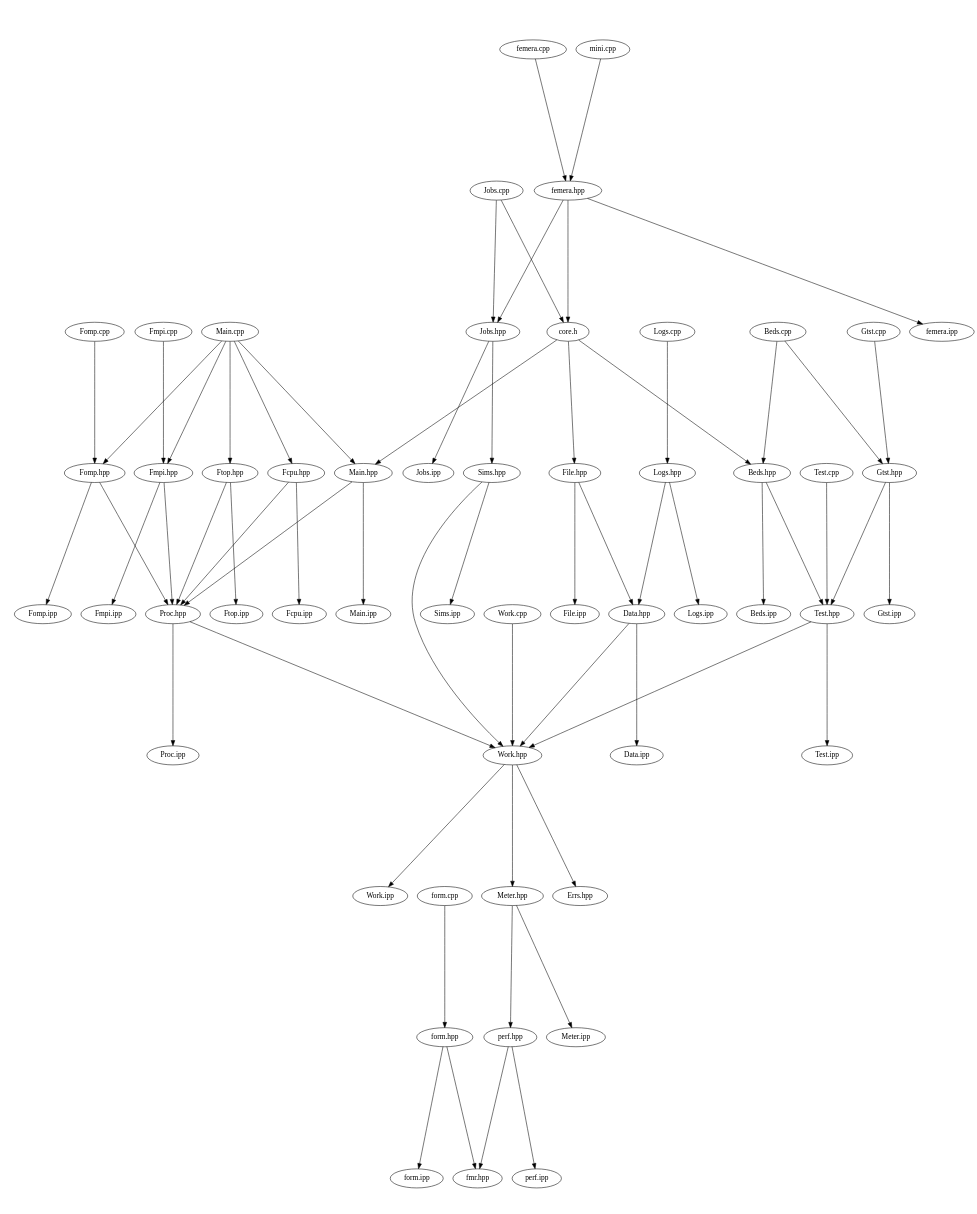
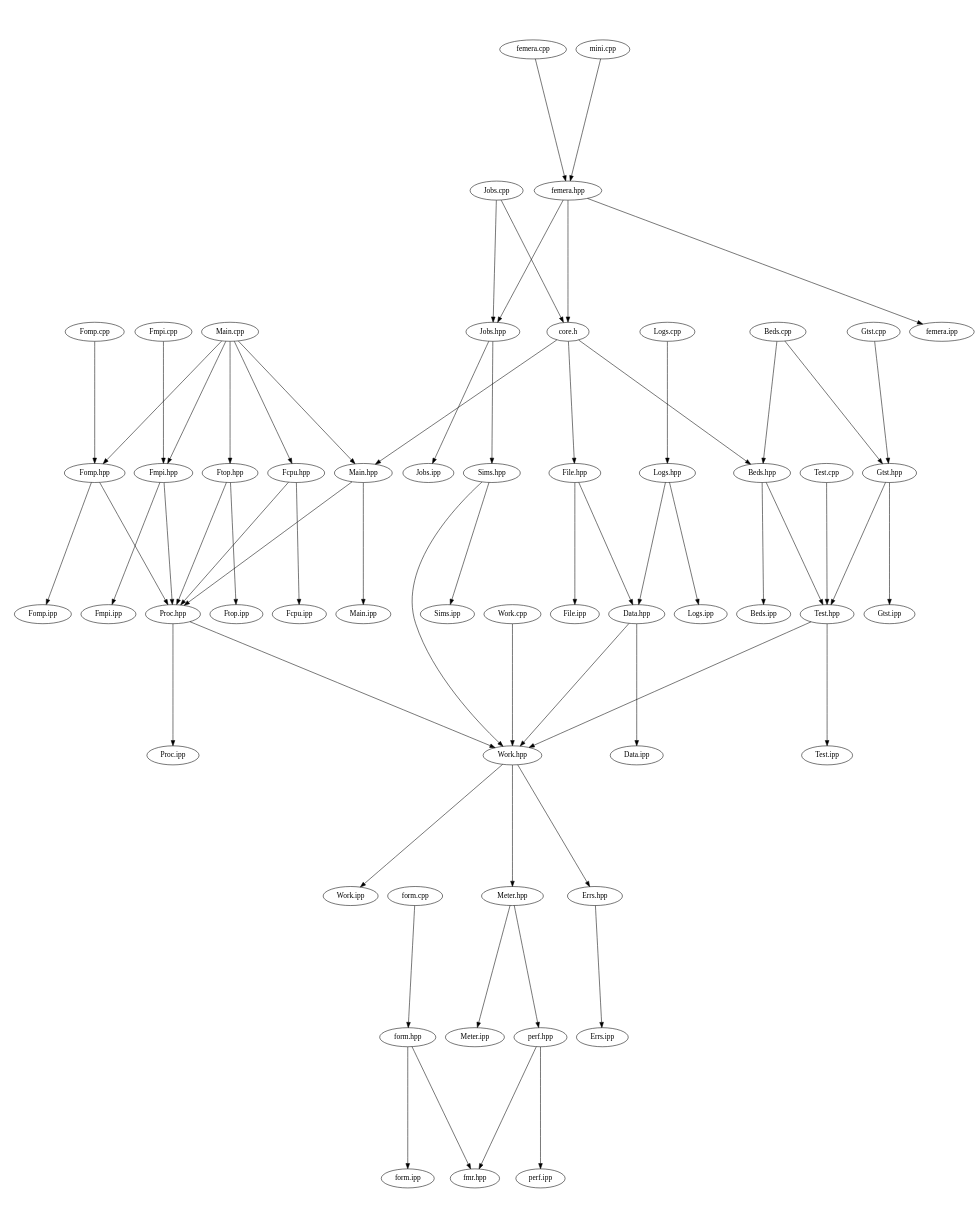
The diagram in src/docs/src-notest.dot (waggyz/femera-mini-app), drawn with Graphviz before and after one commit. The commit also changed 8 other files, not shown here.

```diff
--- a/src/docs/src-notest.dot
+++ b/src/docs/src-notest.dot
@@ -1,69 +1,70 @@
 digraph "source tree" {
     overlap=scale;
     size="8,10";
     ratio="fill";
     fontsize="16";
     fontname="Helvetica";
 	clusterrank="local";
 	"femera.hpp" -> "Jobs.hpp"
 	"Meter.hpp" -> "perf.hpp"
 	"Main.cpp" -> "Fomp.hpp"
 	"Sims.hpp" -> "Work.hpp"
 	"femera.cpp" -> "femera.hpp"
 	"Work.hpp" -> "Errs.hpp"
 	"Fmpi.hpp" -> "Fmpi.ipp"
 	"Sims.hpp" -> "Sims.ipp"
 	"Jobs.hpp" -> "Jobs.ipp"
 	"Fomp.cpp" -> "Fomp.hpp"
 	"Logs.cpp" -> "Logs.hpp"
 	"Main.cpp" -> "Main.hpp"
 	"Proc.hpp" -> "Proc.ipp"
 	"Beds.cpp" -> "Gtst.hpp"
 	"Main.cpp" -> "Fmpi.hpp"
 	"core.h" -> "Main.hpp"
 	"Main.cpp" -> "Fcpu.hpp"
 	"Ftop.hpp" -> "Ftop.ipp"
 	"perf.hpp" -> "fmr.hpp"
 	"Data.hpp" -> "Data.ipp"
 	"Work.hpp" -> "Work.ipp"
 	"Main.cpp" -> "Ftop.hpp"
 	"Fmpi.hpp" -> "Proc.hpp"
 	"Test.hpp" -> "Work.hpp"
 	"form.hpp" -> "form.ipp"
 	"Gtst.cpp" -> "Gtst.hpp"
 	"femera.hpp" -> "femera.ipp"
 	"Fcpu.hpp" -> "Proc.hpp"
 	"Fomp.hpp" -> "Proc.hpp"
 	"File.hpp" -> "File.ipp"
 	"Meter.hpp" -> "Meter.ipp"
 	"core.h" -> "File.hpp"
 	"Fomp.hpp" -> "Fomp.ipp"
 	"Logs.hpp" -> "Data.hpp"
 	"Gtst.hpp" -> "Gtst.ipp"
 	"form.cpp" -> "form.hpp"
 	"perf.hpp" -> "perf.ipp"
 	"Fmpi.cpp" -> "Fmpi.hpp"
 	"core.h" -> "Beds.hpp"
 	"Fcpu.hpp" -> "Fcpu.ipp"
 	"Work.cpp" -> "Work.hpp"
+	"Errs.hpp" -> "Errs.ipp"
 	"Main.hpp" -> "Main.ipp"
 	"Test.cpp" -> "Test.hpp"
 	"Beds.cpp" -> "Beds.hpp"
 	"Jobs.hpp" -> "Sims.hpp"
 	"Jobs.cpp" -> "Jobs.hpp"
 	"Logs.hpp" -> "Logs.ipp"
 	"Ftop.hpp" -> "Proc.hpp"
 	"File.hpp" -> "Data.hpp"
 	"mini.cpp" -> "femera.hpp"
 	"Beds.hpp" -> "Test.hpp"
 	"Proc.hpp" -> "Work.hpp"
 	"form.hpp" -> "fmr.hpp"
 	"Gtst.hpp" -> "Test.hpp"
 	"Data.hpp" -> "Work.hpp"
 	"Beds.hpp" -> "Beds.ipp"
 	"femera.hpp" -> "core.h"
 	"Jobs.cpp" -> "core.h"
 	"Work.hpp" -> "Meter.hpp"
 	"Main.hpp" -> "Proc.hpp"
 	"Test.hpp" -> "Test.ipp"
 }
```
